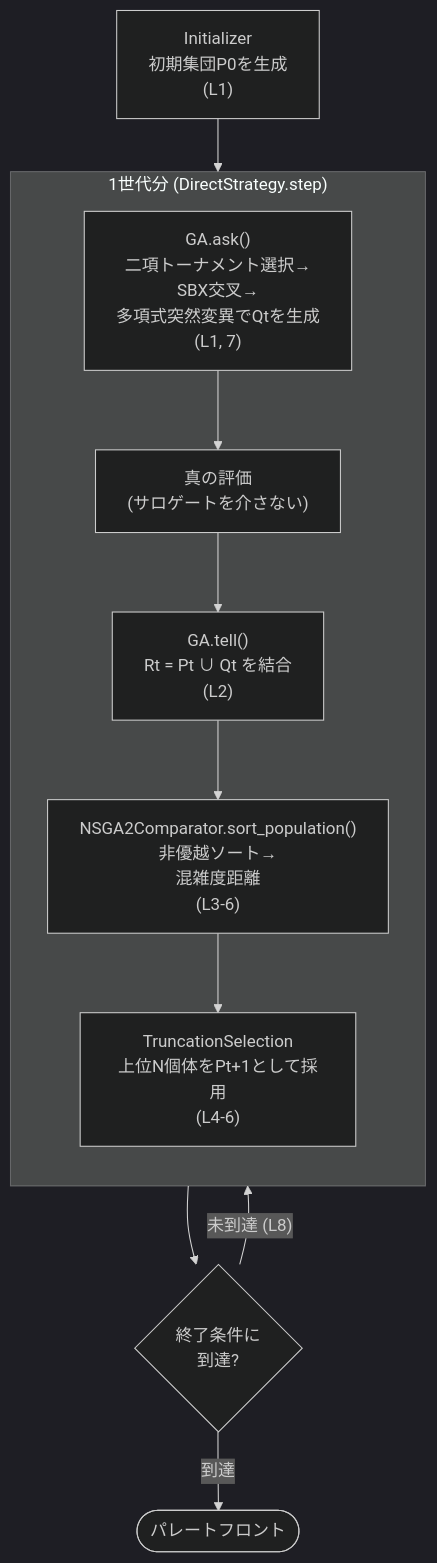
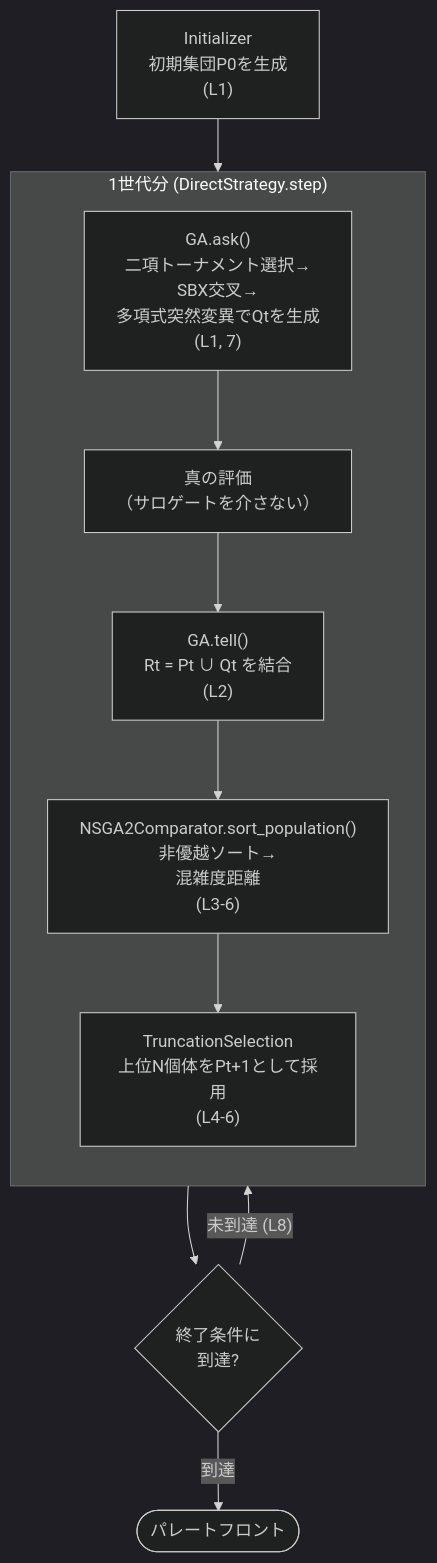
The diagram in docs/algorithms/nsga2.md (shlka/saealib), drawn with Mermaid (dark theme) before and after one commit. The commit also changed other lines of this file and 40 other files, not shown here.

````diff
--- a/docs/algorithms/nsga2.md
+++ b/docs/algorithms/nsga2.md
@@ -68,14 +68,14 @@
 ```{mermaid}
 flowchart TD
     INIT["Initializer<br/>初期集団P0を生成<br/>(L1)"] --> GEN
     subgraph GEN["1世代分 (DirectStrategy.step)"]
         direction TB
-        ASK["GA.ask()<br/>二項トーナメント選択→<br/>SBX交叉→<br/>多項式突然変異でQtを生成<br/>(L1, 7)"] --> EVAL["真の評価<br/>(サロゲートを介さない)"]
+        ASK["GA.ask()<br/>二項トーナメント選択→<br/>SBX交叉→<br/>多項式突然変異でQtを生成<br/>(L1, 7)"] --> EVAL["真の評価<br/>（サロゲートを介さない）"]
         EVAL --> COMB["GA.tell()<br/>Rt = Pt ∪ Qt を結合<br/>(L2)"]
         COMB --> SORT["NSGA2Comparator.sort_population()<br/>非優越ソート→<br/>混雑度距離<br/>(L3-6)"]
         SORT --> TRUNC["TruncationSelection<br/>上位N個体をPt+1として採用<br/>(L4-6)"]
     end
     GEN --> TERM{"終了条件に<br/>到達?"}
     TERM -- "未到達 (L8)" --> GEN
     TERM -- "到達" --> RESULT(["パレートフロント"])
 ```
````
